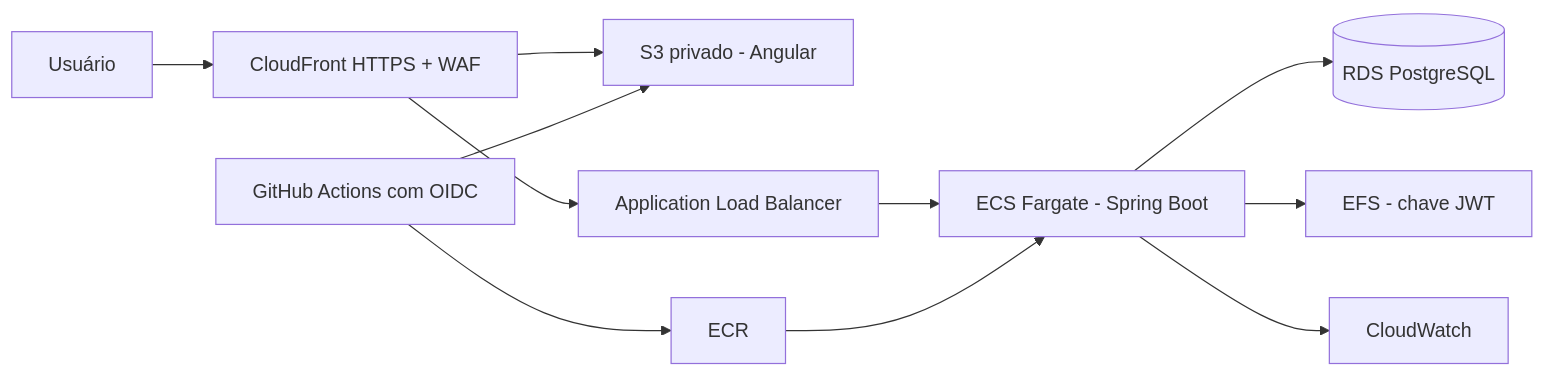
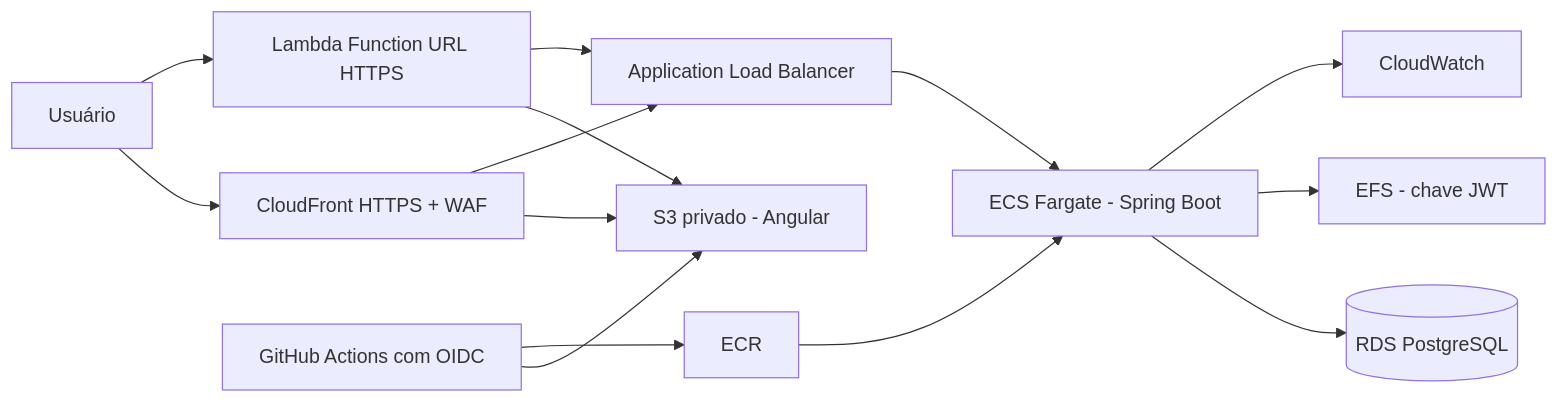
One commit to pjrdantas/desafio-votacao changed the diagram in README.md. Above: the diagram before and after it, drawn with Mermaid. The commit also changed other lines of this file and 16 other files, not shown here.

````diff
--- a/README.md
+++ b/README.md
@@ -48,13 +48,16 @@
 ```mermaid
 flowchart LR
     U[Usuário] --> C[CloudFront HTTPS + WAF]
+    U --> H[Lambda Function URL HTTPS]
     C --> S[S3 privado - Angular]
+    H --> S
     C --> A[Application Load Balancer]
+    H --> A
     A --> E[ECS Fargate - Spring Boot]
     E --> R[(RDS PostgreSQL)]
     E --> F[EFS - chave JWT]
     E --> L[CloudWatch]
     G[GitHub Actions com OIDC] --> S
     G --> ECR[ECR]
     ECR --> E
 ```
````
